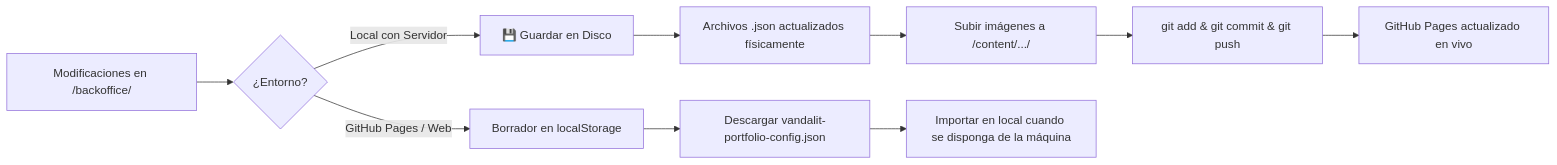
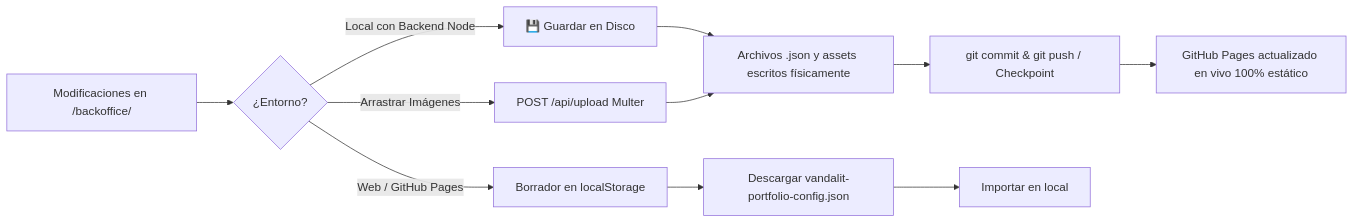
The diagram in README.md (vandalit/portafolio), drawn with Mermaid before and after one commit. The commit also changed other lines of this file and 11 other files, not shown here.

Commit message:
feat: implement hybrid backend server with nodejs for local content management and media uploads

````diff
--- a/README.md
+++ b/README.md
@@ -258,12 +262,13 @@
 ```mermaid
 flowchart LR
     A[Modificaciones en /backoffice/] --> B{¿Entorno?}
-    B -->|Local con Servidor| C[💾 Guardar en Disco]
-    C --> D[Archivos .json actualizados físicamente]
-    D --> E[Subir imágenes a /content/.../]
-    E --> F[git add & git commit & git push]
-    F --> G[GitHub Pages actualizado en vivo]
-    B -->|GitHub Pages / Web| H[Borrador en localStorage]
+    B -->|Local con Backend Node| C[💾 Guardar en Disco]
+    C --> D[Archivos .json y assets escritos físicamente]
+    B -->|Arrastrar Imágenes| E[POST /api/upload Multer]
+    E --> D
+    D --> F[git commit & git push / Checkpoint]
+    F --> G[GitHub Pages actualizado en vivo 100% estático]
+    B -->|Web / GitHub Pages| H[Borrador en localStorage]
     H --> I[Descargar vandalit-portfolio-config.json]
-    I --> J[Importar en local cuando se disponga de la máquina]
+    I --> J[Importar en local]
 ```
````
